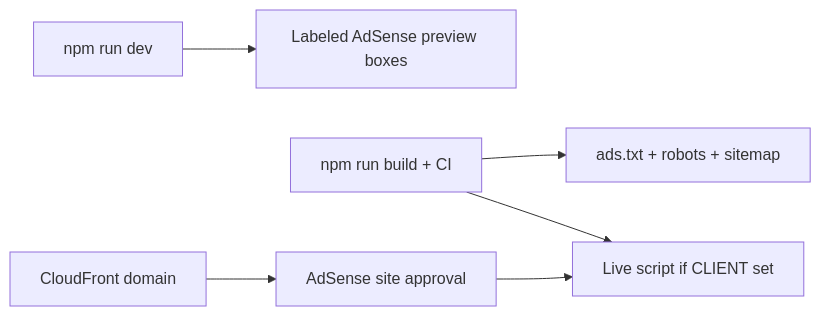
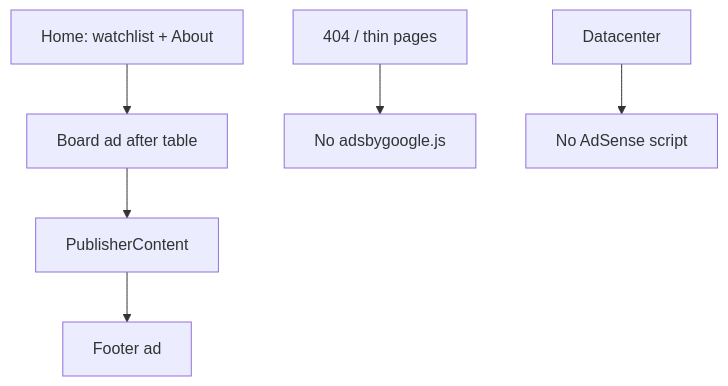
The diagram in stocks/radar/ADSENSE.md (Jacob-Idolor/Pet_Projects), drawn with Mermaid before and after one commit. The commit also changed other lines of this file and 15 other files, not shown here.

````diff
--- a/stocks/radar/ADSENSE.md
+++ b/stocks/radar/ADSENSE.md
@@ -17,8 +40,8 @@
 ```mermaid
-flowchart LR
-  localDev["npm run dev"] --> preview["Labeled AdSense preview boxes"]
-  build["npm run build + CI"] --> adsTxt["ads.txt + robots + sitemap"]
-  build --> live["Live script if CLIENT set"]
-  cloudfront["CloudFront domain"] --> adsense["AdSense site approval"]
-  adsense --> live
+flowchart TD
+  home["Home: watchlist + About"] --> afterBoard["Board ad after table"]
+  afterBoard --> about["PublisherContent"]
+  about --> footerAd["Footer ad"]
+  err["404 / thin pages"] --> noAds["No adsbygoogle.js"]
+  dc["Datacenter"] --> noAdsDc["No AdSense script"]
 ```
````
